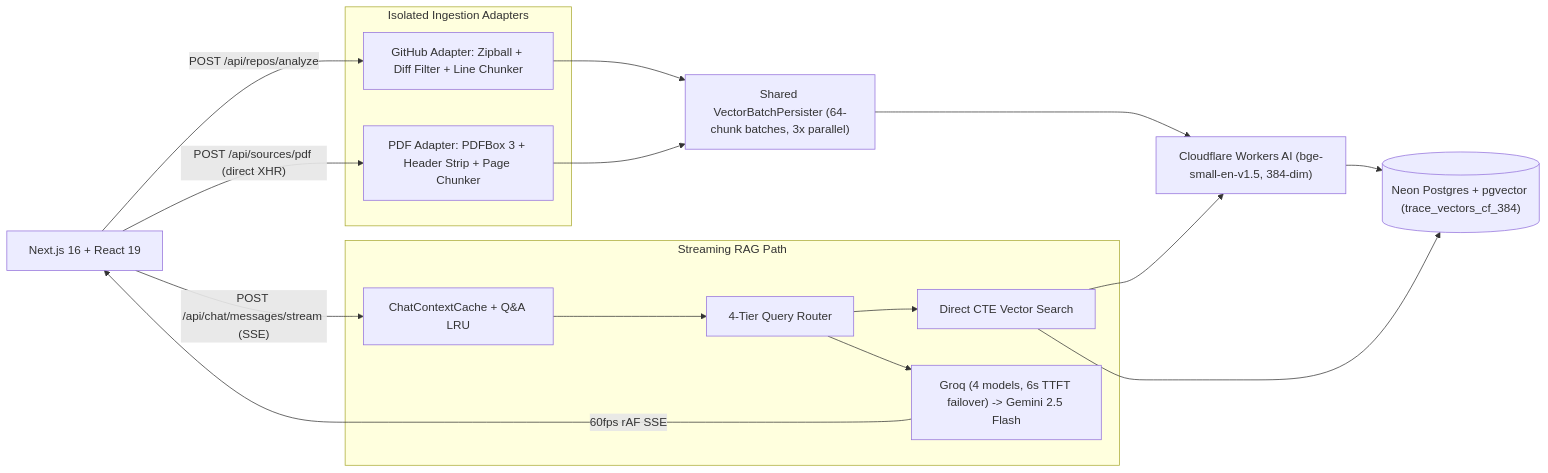
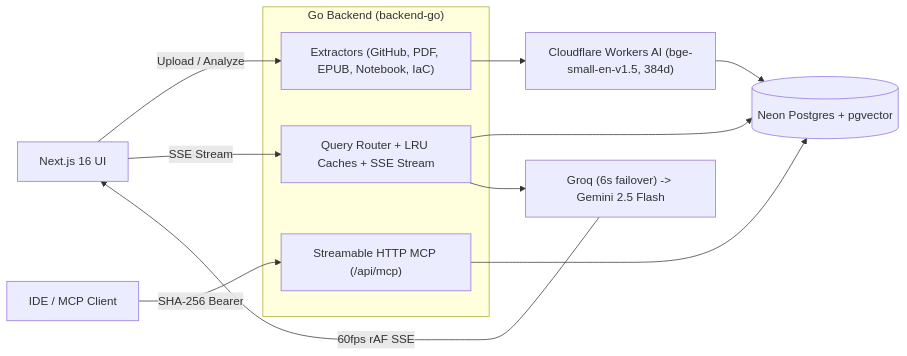
Before and after one commit to Alok9888/TRACE: the diagram in README.md, drawn with Mermaid. The commit also changed other lines of this file and 8 other files, not shown here.

````diff
--- a/README.md
+++ b/README.md
@@ -15,29 +15,20 @@
 ```mermaid
 flowchart LR
-  UI["Next.js 16 + React 19"]
+  UI["Next.js 16 UI"]
+  IDE["IDE / MCP Client"]
 
-  subgraph Ingest["Isolated Ingestion Adapters"]
-    GH["GitHub Adapter: Zipball + Diff Filter + Line Chunker"]
-    PDF["PDF Adapter: PDFBox 3 + Header Strip + Page Chunker"]
+  subgraph Go["Go Backend (backend-go)"]
+    ING["Extractors (GitHub, PDF, EPUB, Notebook, IaC)"]
+    CHAT["Query Router + LRU Caches + SSE Stream"]
+    MCP["Streamable HTTP MCP (/api/mcp)"]
   end
 
-  PERSIST["Shared VectorBatchPersister (64-chunk batches, 3x parallel)"]
-  CF["Cloudflare Workers AI (bge-small-en-v1.5, 384-dim)"]
-  PG[("Neon Postgres + pgvector (trace_vectors_cf_384)")]
+  CF["Cloudflare Workers AI (bge-small-en-v1.5, 384d)"]
+  PG[("Neon Postgres + pgvector")]
+  LLM["Groq (6s failover) -> Gemini 2.5 Flash"]
 
-  subgraph Chat["Streaming RAG Path"]
-    CACHE["ChatContextCache + Q&A LRU"]
-    ROUTE["4-Tier Query Router"]
-    CTE["Direct CTE Vector Search"]
-    LLM["Groq (4 models, 6s TTFT failover) -> Gemini 2.5 Flash"]
-  end
-
-  UI -->|"POST /api/repos/analyze"| GH --> PERSIST
-  UI -->|"POST /api/sources/pdf (direct XHR)"| PDF --> PERSIST
-  PERSIST --> CF --> PG
-
-  UI -->|"POST /api/chat/messages/stream (SSE)"| CACHE --> ROUTE --> CTE
-  CTE --> CF
-  CTE --> PG
-  ROUTE --> LLM -->|"60fps rAF SSE"| UI
+  UI -->|"Upload / Analyze"| ING --> CF --> PG
+  UI -->|"SSE Stream"| CHAT --> PG
+  CHAT --> LLM -->|"60fps rAF SSE"| UI
+  IDE -->|"SHA-256 Bearer"| MCP --> PG
 ```
````
